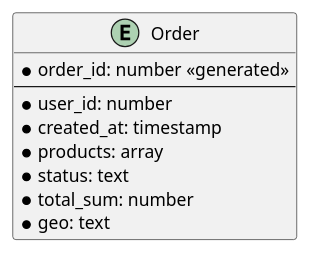
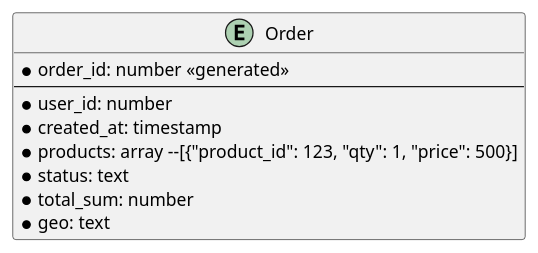
One commit to mikenina/architecture-pro-black_friday changed the fourth of 5 diagrams in Task7-10/7_ADR.md. Above: the diagram before and after it, drawn with PlantUML. The commit also changed other lines of this file and 3 other files, not shown here.

````diff
--- a/Task7-10/7_ADR.md
+++ b/Task7-10/7_ADR.md
@@ -105,12 +106,12 @@
 ```puml
 entity Order {
     * order_id: number <<generated>>
     --
     * user_id: number
     * created_at: timestamp
-    * products: array
+    * products: array --[{"product_id": 123, "qty": 1, "price": 500}]
     * status: text
     * total_sum: number
     * geo: text
 }
 ```
````
